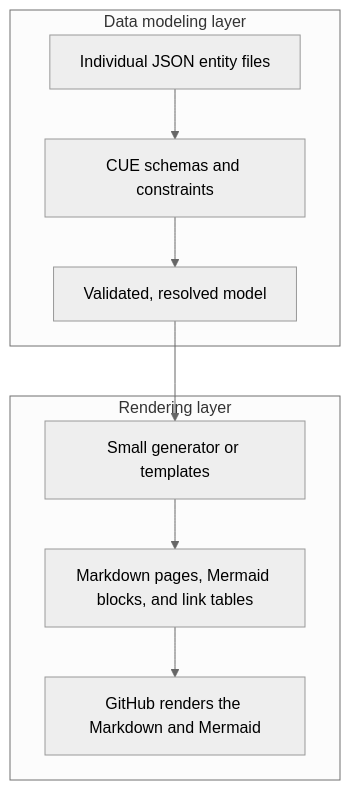
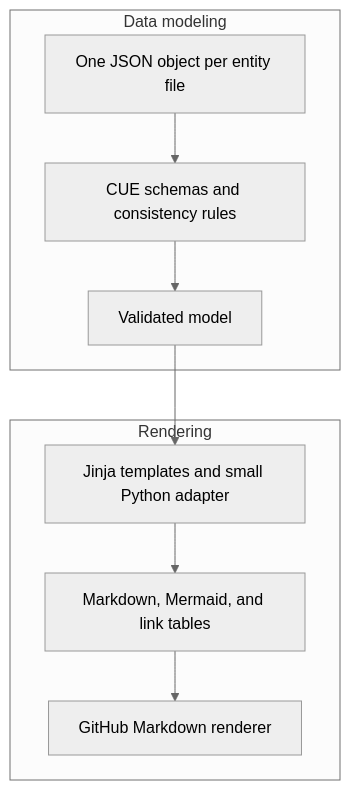
Before and after one commit to benedikt-roth/integration-atlas-demo: the diagram in docs/solution-architecture.md, drawn with Mermaid (neutral theme). The commit also changed other lines of this file and 65 other files, not shown here.

First line of the commit message:
Replace the POCs with a minimal CUE and Mermaid starter

````diff
--- a/docs/solution-architecture.md
+++ b/docs/solution-architecture.md
@@ -59,16 +15,12 @@
 ```mermaid
 flowchart TB
-  subgraph MODEL["Data modeling layer"]
-    JSON["Individual JSON entity files"]
-    RULES["CUE schemas and constraints"]
-    VALIDATED["Validated, resolved model"]
-    JSON --> RULES --> VALIDATED
+  subgraph MODEL["Data modeling"]
+    JSON["One JSON object per entity file"] --> CUE["CUE schemas and consistency rules"]
+    CUE --> VALID["Validated model"]
   end
-  subgraph RENDERING["Rendering layer"]
-    ADAPTER["Small generator or templates"]
-    MARKDOWN["Markdown pages, Mermaid blocks, and link tables"]
-    GITHUB["GitHub renders the Markdown and Mermaid"]
-    ADAPTER --> MARKDOWN --> GITHUB
+  subgraph RENDER["Rendering"]
+    JINJA["Jinja templates and small Python adapter"] --> MD["Markdown, Mermaid, and link tables"]
+    MD --> GH["GitHub Markdown renderer"]
   end
-  VALIDATED --> ADAPTER
+  VALID --> JINJA
 ```
````
